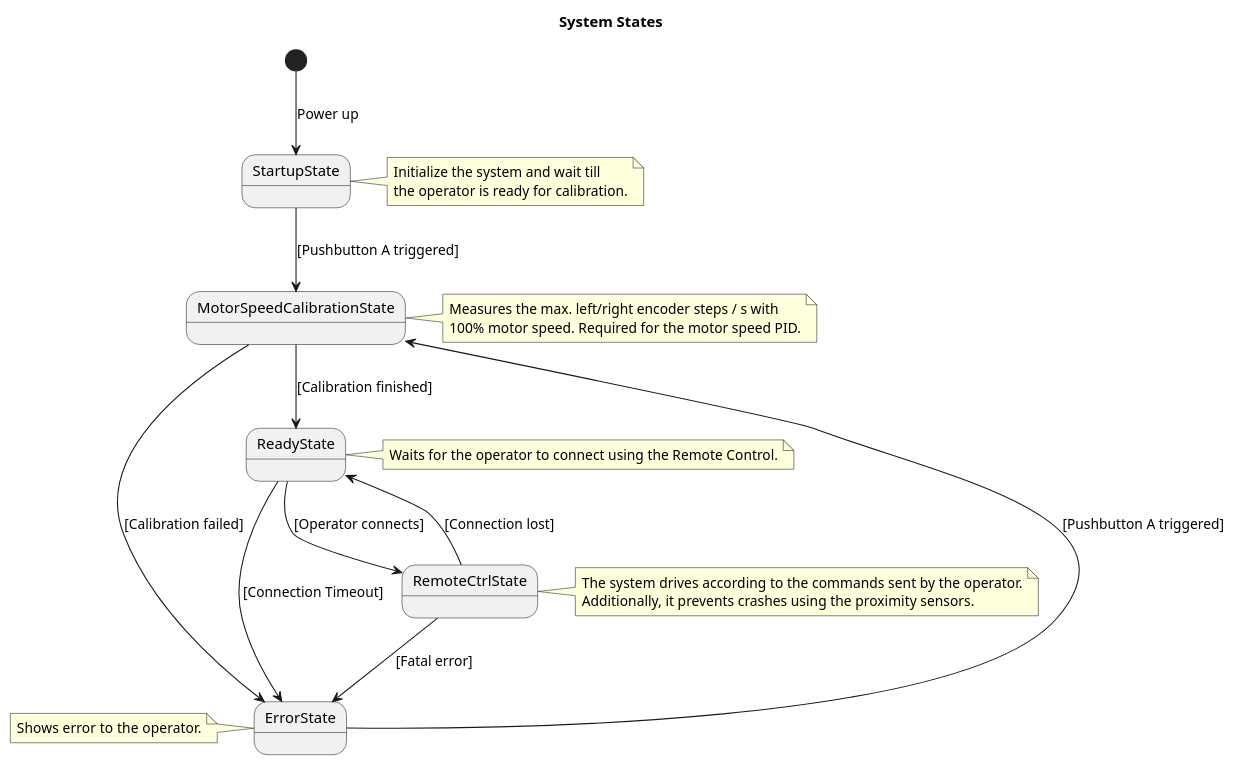
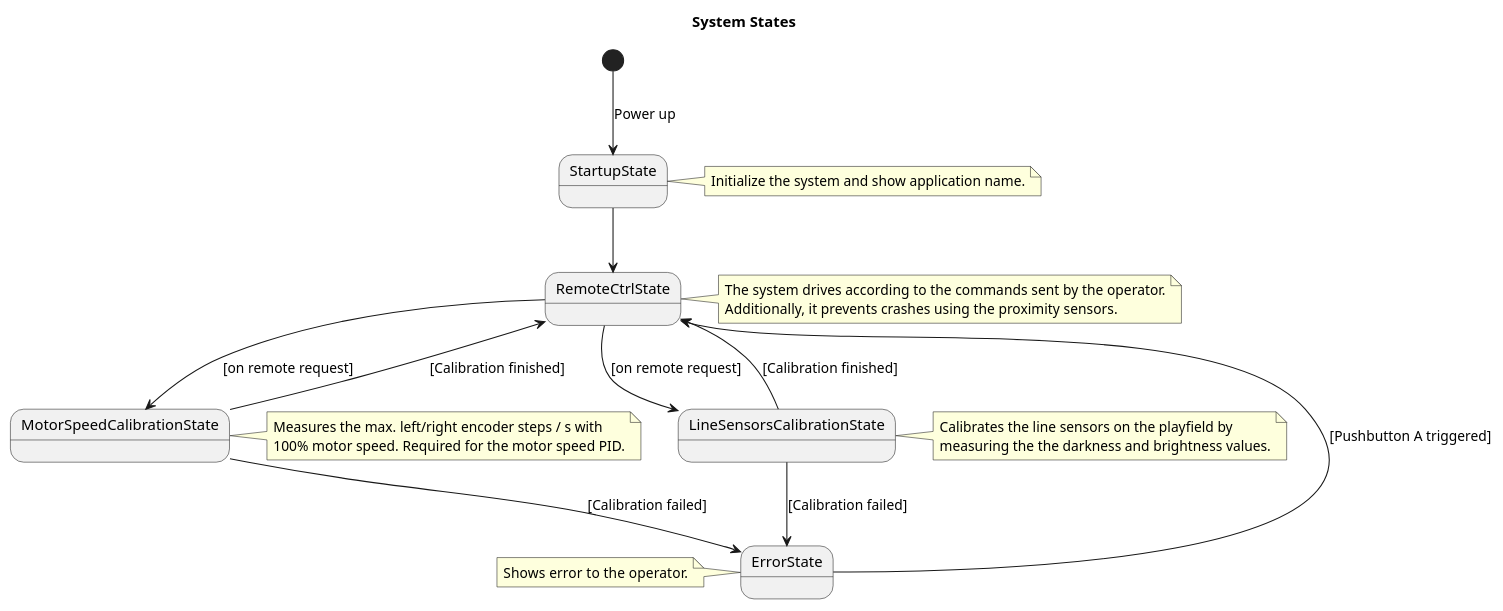
Before and after one commit to BlueAndi/RadonUlzer: the diagram in doc/architecture/uml/ProcessView/RemoteControl/SystemStates.plantuml, drawn with PlantUML. The commit also changed 11 other files, not shown here.

Commit message:
Remote control application architecture updated.

```diff
--- a/doc/architecture/uml/ProcessView/RemoteControl/SystemStates.plantuml
+++ b/doc/architecture/uml/ProcessView/RemoteControl/SystemStates.plantuml
@@ -1,44 +1,48 @@
 @startuml RemoteControl System States
 
 title System States
 
 state StartupState
 state MotorSpeedCalibrationState
+state LineSensorsCalibrationState
 state ErrorState
 state RemoteCtrlState
-state ReadyState
 
 [*] --> StartupState: Power up
-StartupState --> MotorSpeedCalibrationState: [Pushbutton A triggered]
-MotorSpeedCalibrationState --> ReadyState: [Calibration finished]
+StartupState --> RemoteCtrlState
+
+RemoteCtrlState --> MotorSpeedCalibrationState: [on remote request]
+RemoteCtrlState --> LineSensorsCalibrationState: [on remote request]
+
+MotorSpeedCalibrationState --> RemoteCtrlState: [Calibration finished]
 MotorSpeedCalibrationState --> ErrorState: [Calibration failed]
-ReadyState --> RemoteCtrlState: [Operator connects]
-RemoteCtrlState --> ReadyState: [Connection lost]
-ErrorState --> MotorSpeedCalibrationState: [Pushbutton A triggered]
-ReadyState --> ErrorState: [Connection Timeout]
-RemoteCtrlState --> ErrorState: [Fatal error]
+
+LineSensorsCalibrationState --> RemoteCtrlState: [Calibration finished]
+LineSensorsCalibrationState --> ErrorState: [Calibration failed]
+
+ErrorState --> RemoteCtrlState: [Pushbutton A triggered]
 
 note right of StartupState
-    Initialize the system and wait till
-    the operator is ready for calibration.
+    Initialize the system and show application name.
 end note
 
 note right of MotorSpeedCalibrationState
     Measures the max. left/right encoder steps / s with
     100% motor speed. Required for the motor speed PID.
 end note
 
+note right of LineSensorsCalibrationState
+    Calibrates the line sensors on the playfield by
+    measuring the the darkness and brightness values.
+end note
+
 note left of ErrorState
     Shows error to the operator.
-end note
-
-note right of ReadyState
-    Waits for the operator to connect using the Remote Control.
 end note
 
 note right of RemoteCtrlState
     The system drives according to the commands sent by the operator.
     Additionally, it prevents crashes using the proximity sensors.
 end note
 
 @enduml
```
